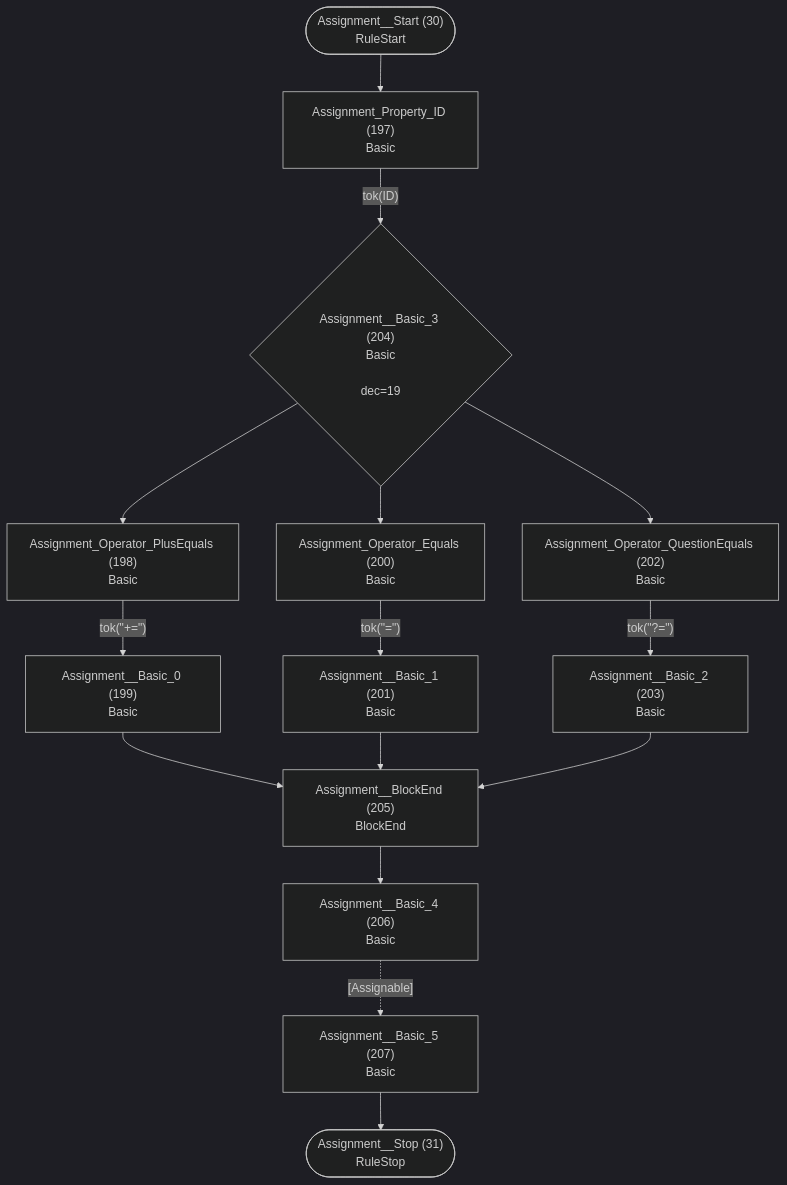
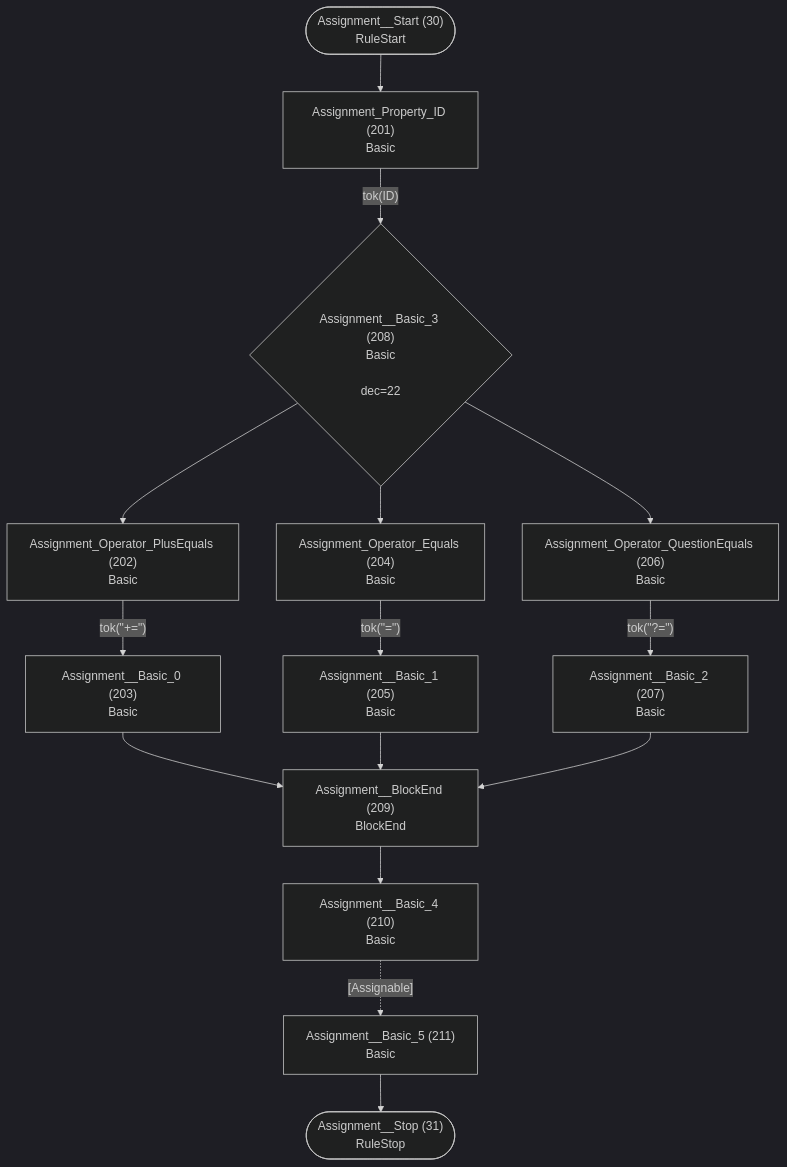
One commit to TypeFox/fastbelt changed diagram 16 of 26 in internal/grammar/atn.md. Above: the diagram before and after it, drawn with Mermaid (dark theme). The commit also changed other lines of this file and 7 other files, not shown here.

````diff
--- a/internal/grammar/atn.md
+++ b/internal/grammar/atn.md
@@ -475,31 +486,31 @@
 ```mermaid
 flowchart TD
     q30(["Assignment__Start (30)<br/>RuleStart"])
     q31(["Assignment__Stop (31)<br/>RuleStop"])
-    q197["Assignment_Property_ID (197)<br/>Basic<br/>"]
-    q198["Assignment_Operator_PlusEquals (198)<br/>Basic<br/>"]
-    q199["Assignment__Basic_0 (199)<br/>Basic<br/>"]
-    q200["Assignment_Operator_Equals (200)<br/>Basic<br/>"]
-    q201["Assignment__Basic_1 (201)<br/>Basic<br/>"]
-    q202["Assignment_Operator_QuestionEquals (202)<br/>Basic<br/>"]
-    q203["Assignment__Basic_2 (203)<br/>Basic<br/>"]
-    q204{"Assignment__Basic_3 (204)<br/>Basic<br/><br/>dec=19"}
-    q205["Assignment__BlockEnd (205)<br/>BlockEnd<br/>"]
-    q206["Assignment__Basic_4 (206)<br/>Basic<br/>"]
-    q207["Assignment__Basic_5 (207)<br/>Basic<br/>"]
+    q201["Assignment_Property_ID (201)<br/>Basic<br/>"]
+    q202["Assignment_Operator_PlusEquals (202)<br/>Basic<br/>"]
+    q203["Assignment__Basic_0 (203)<br/>Basic<br/>"]
+    q204["Assignment_Operator_Equals (204)<br/>Basic<br/>"]
+    q205["Assignment__Basic_1 (205)<br/>Basic<br/>"]
+    q206["Assignment_Operator_QuestionEquals (206)<br/>Basic<br/>"]
+    q207["Assignment__Basic_2 (207)<br/>Basic<br/>"]
+    q208{"Assignment__Basic_3 (208)<br/>Basic<br/><br/>dec=22"}
+    q209["Assignment__BlockEnd (209)<br/>BlockEnd<br/>"]
+    q210["Assignment__Basic_4 (210)<br/>Basic<br/>"]
+    q211["Assignment__Basic_5 (211)<br/>Basic<br/>"]
 
-    q30 --> q197
-    q197 -->|"tok(ID)"| q204
-    q198 -->|"tok(&quot;+=&quot;)"| q199
-    q199 --> q205
-    q200 -->|"tok(&quot;=&quot;)"| q201
-    q201 --> q205
-    q202 -->|"tok(&quot;?=&quot;)"| q203
-    q203 --> q205
-    q204 --> q198
-    q204 --> q200
-    q204 --> q202
-    q205 --> q206
-    q206 -.->|"[Assignable]"| q207
-    q207 --> q31
+    q30 --> q201
+    q201 -->|"tok(ID)"| q208
+    q202 -->|"tok(&quot;+=&quot;)"| q203
+    q203 --> q209
+    q204 -->|"tok(&quot;=&quot;)"| q205
+    q205 --> q209
+    q206 -->|"tok(&quot;?=&quot;)"| q207
+    q207 --> q209
+    q208 --> q202
+    q208 --> q204
+    q208 --> q206
+    q209 --> q210
+    q210 -.->|"[Assignable]"| q211
+    q211 --> q31
 ```
````
